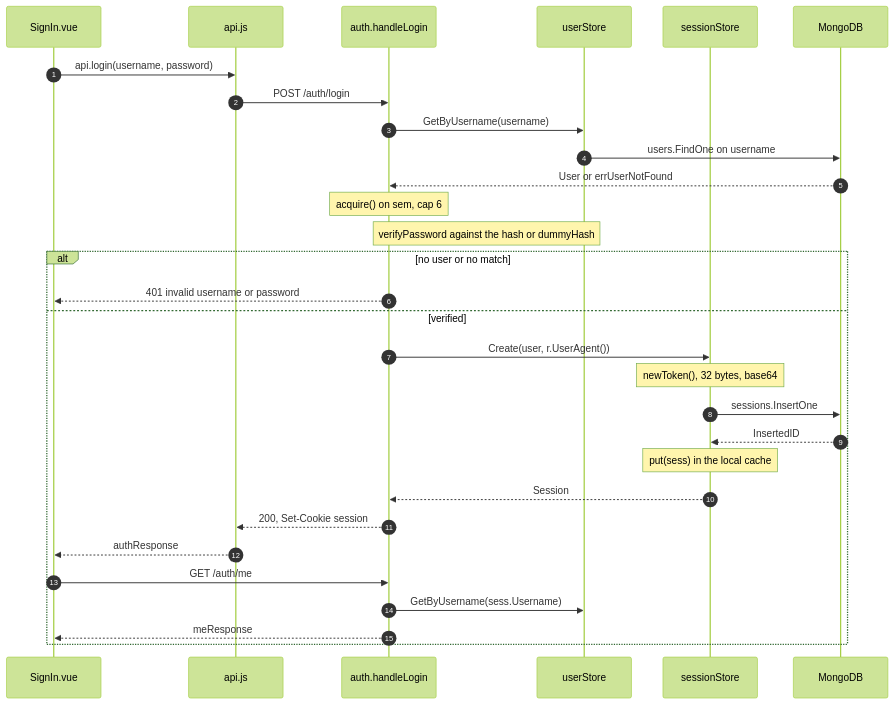
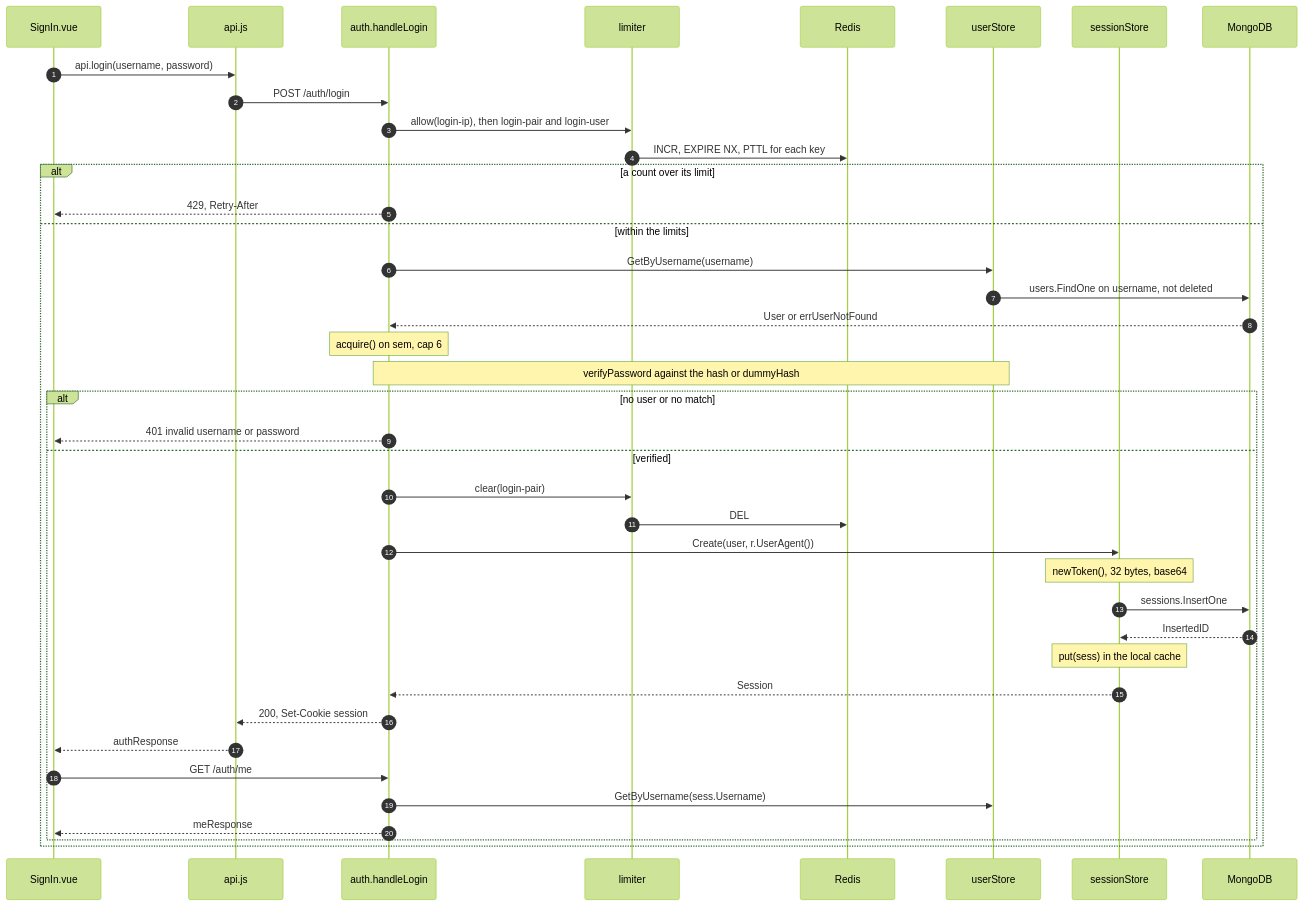
Before and after one commit to hdmtrn/nosql-messenger: the diagram in docs/diagrams/seq-login.mmd, drawn with Mermaid (forest theme). The commit also changed 11 other files, not shown here.

```diff
--- a/docs/diagrams/seq-login.mmd
+++ b/docs/diagrams/seq-login.mmd
@@ -1,34 +1,44 @@
 %% Login. See README for the notes referenced by step number.
 %% Sources: web/src/views/SignIn.vue, web/src/api.js, server/auth.go,
-%% server/password.go, server/users.go, server/sessions.go
+%% server/password.go, server/users.go, server/sessions.go, server/ratelimit.go
 sequenceDiagram
   autonumber
   participant UI as SignIn.vue
   participant API as api.js
   participant A as auth.handleLogin
+  participant L as limiter
+  participant R as Redis
   participant US as userStore
   participant SS as sessionStore
   participant M as MongoDB
 
   UI->>API: api.login(username, password)
   API->>A: POST /auth/login
-  A->>US: GetByUsername(username)
-  US->>M: users.FindOne on username
-  M-->>A: User or errUserNotFound
-  Note over A: acquire() on sem, cap 6
-  Note over A,US: verifyPassword against the hash or dummyHash
-  alt no user or no match
-    A-->>UI: 401 invalid username or password
-  else verified
-    A->>SS: Create(user, r.UserAgent())
-    Note over SS: newToken(), 32 bytes, base64
-    SS->>M: sessions.InsertOne
-    M-->>SS: InsertedID
-    Note over SS: put(sess) in the local cache
-    SS-->>A: Session
-    A-->>API: 200, Set-Cookie session
-    API-->>UI: authResponse
-    UI->>A: GET /auth/me
-    A->>US: GetByUsername(sess.Username)
-    A-->>UI: meResponse
+  A->>L: allow(login-ip), then login-pair and login-user
+  L->>R: INCR, EXPIRE NX, PTTL for each key
+  alt a count over its limit
+    A-->>UI: 429, Retry-After
+  else within the limits
+    A->>US: GetByUsername(username)
+    US->>M: users.FindOne on username, not deleted
+    M-->>A: User or errUserNotFound
+    Note over A: acquire() on sem, cap 6
+    Note over A,US: verifyPassword against the hash or dummyHash
+    alt no user or no match
+      A-->>UI: 401 invalid username or password
+    else verified
+      A->>L: clear(login-pair)
+      L->>R: DEL
+      A->>SS: Create(user, r.UserAgent())
+      Note over SS: newToken(), 32 bytes, base64
+      SS->>M: sessions.InsertOne
+      M-->>SS: InsertedID
+      Note over SS: put(sess) in the local cache
+      SS-->>A: Session
+      A-->>API: 200, Set-Cookie session
+      API-->>UI: authResponse
+      UI->>A: GET /auth/me
+      A->>US: GetByUsername(sess.Username)
+      A-->>UI: meResponse
+    end
   end
```
